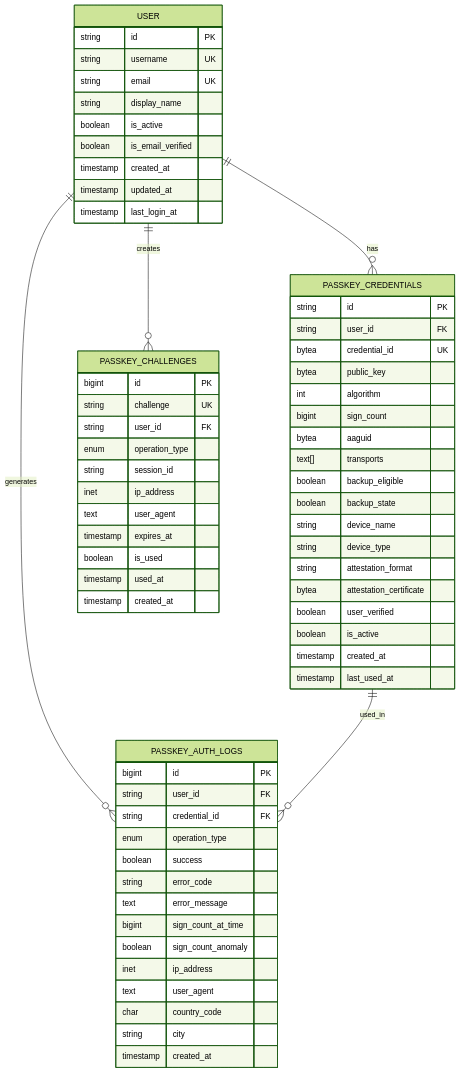
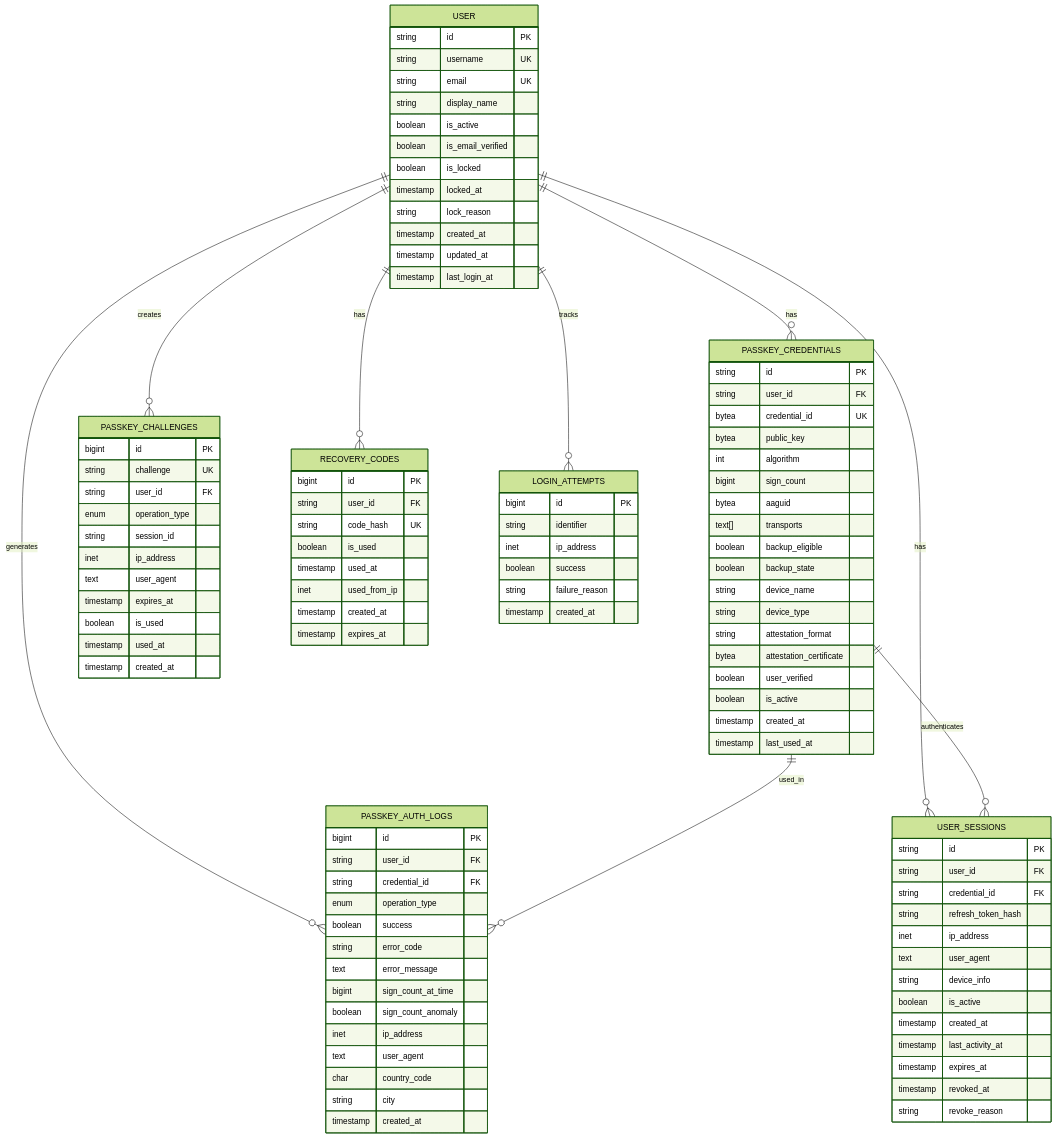
Diagram 18 of 28 in docs/ARCHITECTURE.md (trinhvandat/passkey-webauthn), drawn with Mermaid (forest theme) before and after one commit. The commit also changed other lines of this file and 75 other files, not shown here.

Commit message:
Add passkey management, recovery and session manager

````diff
--- a/docs/ARCHITECTURE.md
+++ b/docs/ARCHITECTURE.md
@@ -403,7 +696,11 @@
     USER ||--o{ PASSKEY_CREDENTIALS : has
     USER ||--o{ PASSKEY_CHALLENGES : creates
     USER ||--o{ PASSKEY_AUTH_LOGS : generates
+    USER ||--o{ RECOVERY_CODES : has
+    USER ||--o{ USER_SESSIONS : has
+    USER ||--o{ LOGIN_ATTEMPTS : tracks
     PASSKEY_CREDENTIALS ||--o{ PASSKEY_AUTH_LOGS : used_in
+    PASSKEY_CREDENTIALS ||--o{ USER_SESSIONS : authenticates
 
     USER {
         string id PK
@@ -412,6 +709,9 @@
         string display_name
         boolean is_active
         boolean is_email_verified
+        boolean is_locked
+        timestamp locked_at
+        string lock_reason
         timestamp created_at
         timestamp updated_at
         timestamp last_login_at
@@ -468,4 +768,40 @@
         string city
         timestamp created_at
     }
+
+    RECOVERY_CODES {
+        bigint id PK
+        string user_id FK
+        string code_hash UK
+        boolean is_used
+        timestamp used_at
+        inet used_from_ip
+        timestamp created_at
+        timestamp expires_at
+    }
+
+    USER_SESSIONS {
+        string id PK
+        string user_id FK
+        string credential_id FK
+        string refresh_token_hash
+        inet ip_address
+        text user_agent
+        string device_info
+        boolean is_active
+        timestamp created_at
+        timestamp last_activity_at
+        timestamp expires_at
+        timestamp revoked_at
+        string revoke_reason
+    }
+
+    LOGIN_ATTEMPTS {
+        bigint id PK
+        string identifier
+        inet ip_address
+        boolean success
+        string failure_reason
+        timestamp created_at
+    }
 ```
````
